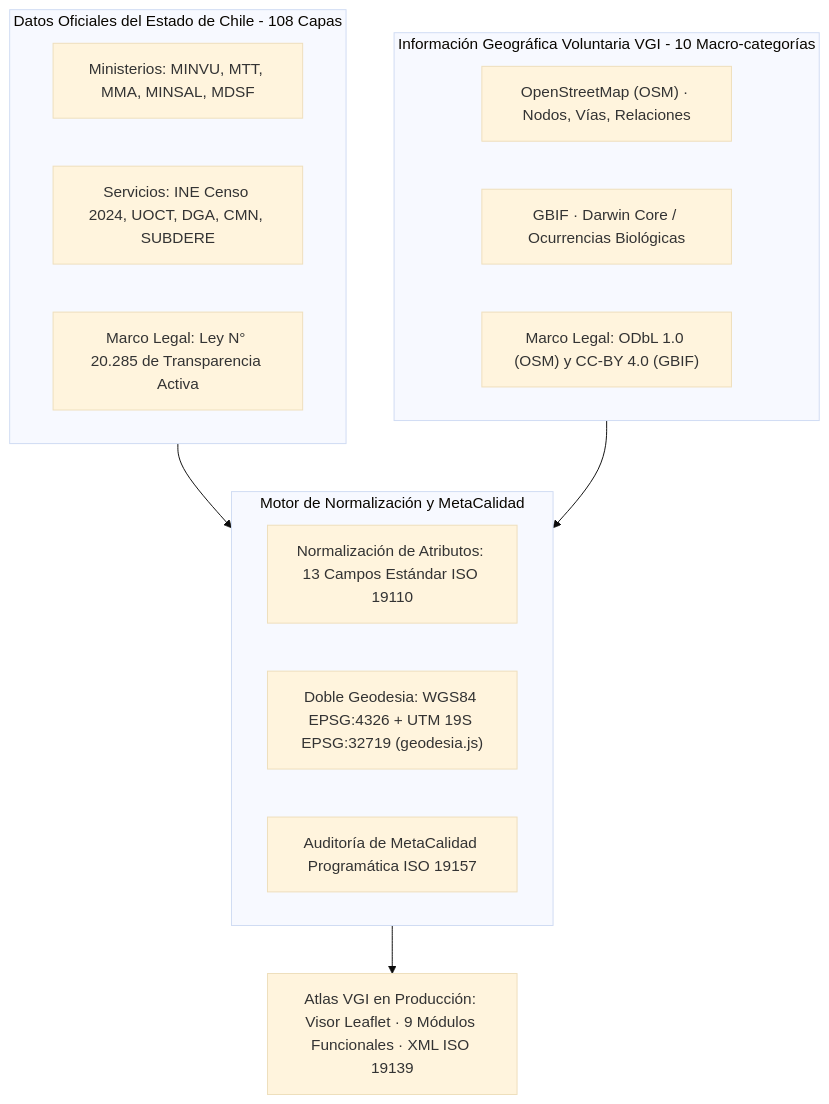
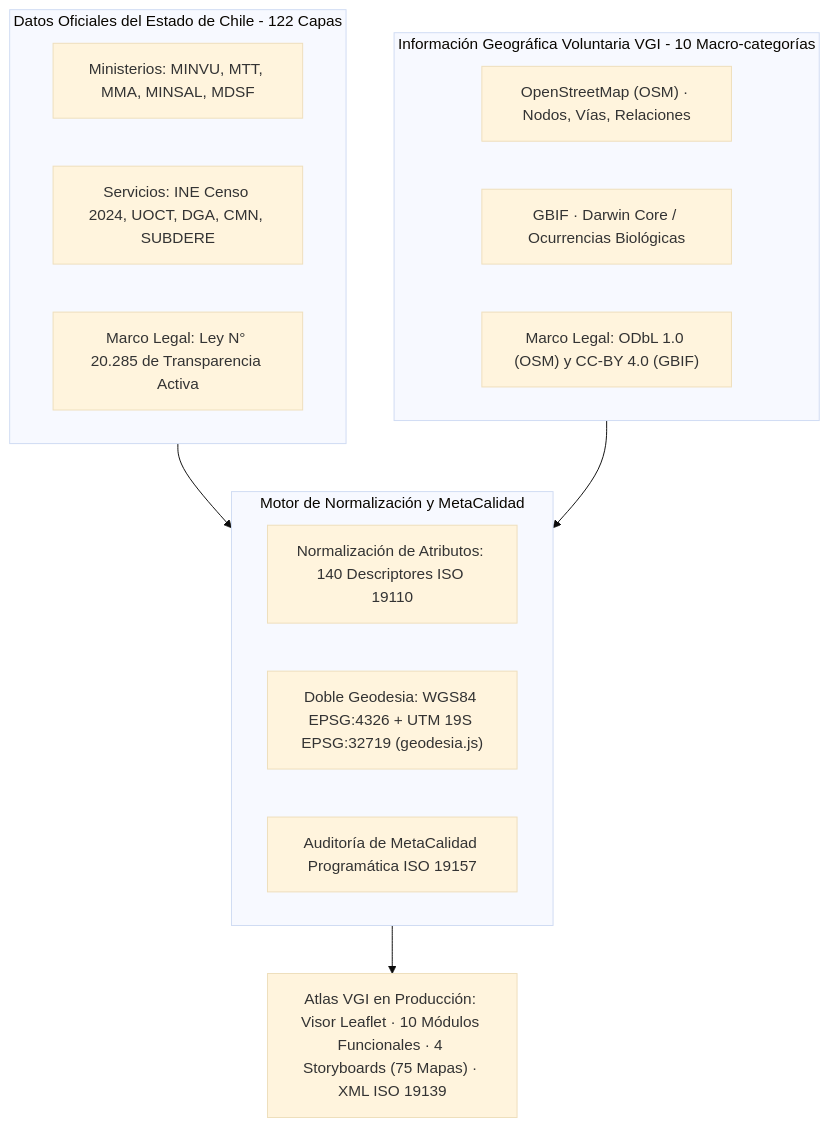
The fourth of 5 diagrams in src/docs/ANALISIS_METACALIDAD.md (GEOJOTA/atlas_vgi_territorial), drawn with Mermaid (base theme) before and after one commit. The commit also changed other lines of this file and 39 other files, not shown here.

Commit message:
docs(proyecto,web): actualizar todos los documentos del proyecto con diagramas pipeline, rutas verificables y coherencia total con la plataforma web

````diff
--- a/src/docs/ANALISIS_METACALIDAD.md
+++ b/src/docs/ANALISIS_METACALIDAD.md
@@ -147,21 +170,21 @@
 ```mermaid
 flowchart TB
-    subgraph FuentesOficiales [Datos Oficiales del Estado de Chile - 108 Capas]
+    subgraph FuentesOficiales ["Datos Oficiales del Estado de Chile - 122 Capas"]
         O1["Ministerios: MINVU, MTT, MMA, MINSAL, MDSF"]
         O2["Servicios: INE Censo 2024, UOCT, DGA, CMN, SUBDERE"]
         O3["Marco Legal: Ley N° 20.285 de Transparencia Activa"]
     end
-    subgraph FuentesComunitarias [Información Geográfica Voluntaria VGI - 10 Macro-categorías]
+    subgraph FuentesComunitarias ["Información Geográfica Voluntaria VGI - 10 Macro-categorías"]
         V1["OpenStreetMap (OSM) · Nodos, Vías, Relaciones"]
         V2["GBIF · Darwin Core / Ocurrencias Biológicas"]
         V3["Marco Legal: ODbL 1.0 (OSM) y CC-BY 4.0 (GBIF)"]
     end
-    subgraph MotorNormalizacion [Motor de Normalización y MetaCalidad]
-        N1["Normalización de Atributos: 13 Campos Estándar ISO 19110"]
+    subgraph MotorNormalizacion ["Motor de Normalización y MetaCalidad"]
+        N1["Normalización de Atributos: 140 Descriptores ISO 19110"]
         N2["Doble Geodesia: WGS84 EPSG:4326 + UTM 19S EPSG:32719 (geodesia.js)"]
         N3["Auditoría de MetaCalidad Programática ISO 19157"]
     end
     FuentesOficiales --> MotorNormalizacion
     FuentesComunitarias --> MotorNormalizacion
-    MotorNormalizacion --> P["Atlas VGI en Producción: Visor Leaflet · 9 Módulos Funcionales · XML ISO 19139"]
+    MotorNormalizacion --> P["Atlas VGI en Producción: Visor Leaflet · 10 Módulos Funcionales · 4 Storyboards (75 Mapas) · XML ISO 19139"]
 ```
````
